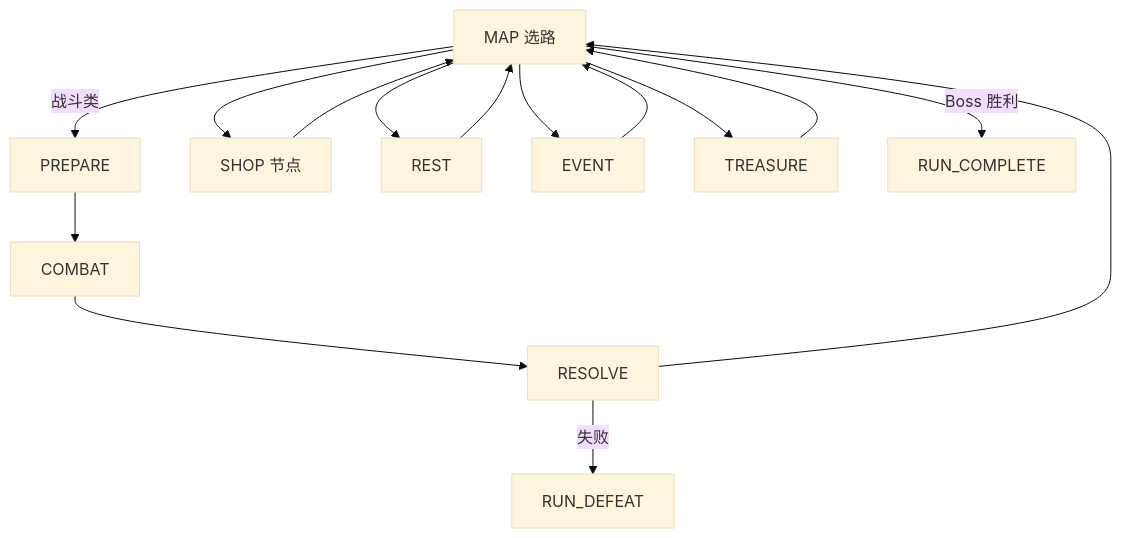
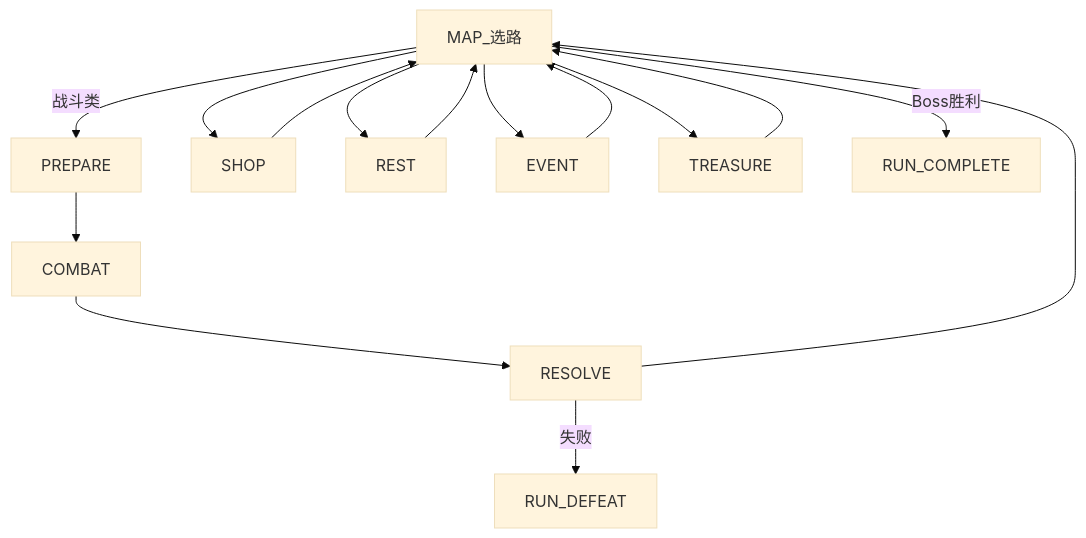
The first of 2 diagrams in Documents/GAME_VISION.md (Kanerickyz/project-autochess), drawn with Mermaid (base theme) before and after one commit. The commit also changed other lines of this file and 9 other files, not shown here.

````diff
--- a/Documents/GAME_VISION.md
+++ b/Documents/GAME_VISION.md
@@ -96,10 +106,10 @@
 ```mermaid
 flowchart TD
-    Map[MAP 选路] -->|战斗类| Prep[PREPARE] --> Combat[COMBAT] --> Resolve[RESOLVE] --> Map
-    Map --> ShopNode[SHOP 节点] --> Map
+    Map[MAP_选路] -->|战斗类| Prep[PREPARE] --> Combat[COMBAT] --> Resolve[RESOLVE] --> Map
+    Map --> ShopNode[SHOP] --> Map
     Map --> Rest[REST] --> Map
     Map --> Event[EVENT] --> Map
     Map --> Treasure[TREASURE] --> Map
     Resolve -->|失败| RunDefeat[RUN_DEFEAT]
-    Map -->|Boss 胜利| RunComplete[RUN_COMPLETE]
+    Map -->|Boss胜利| RunComplete[RUN_COMPLETE]
 ```
````
